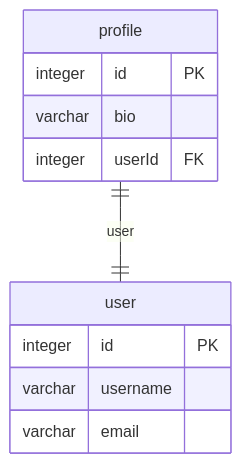
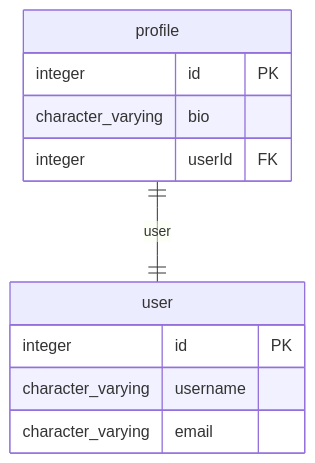
The third of 3 diagrams in test/test-nestjs-app/docs/sqlite-erd.md (hermin9804/typeorm-markdown-generator), drawn with Mermaid before and after one commit. The commit also changed other lines of this file and 13 other files, not shown here.

````diff
--- a/test/test-nestjs-app/docs/sqlite-erd.md
+++ b/test/test-nestjs-app/docs/sqlite-erd.md
@@ -209,14 +209,14 @@
 ```mermaid
 erDiagram
   profile {
     integer id PK
-    varchar bio
+    character_varying bio
     integer userId FK
   }
   user {
     integer id PK
-    varchar username
-    varchar email
+    character_varying username
+    character_varying email
   }
   profile ||--|| user: user
 ```
````
